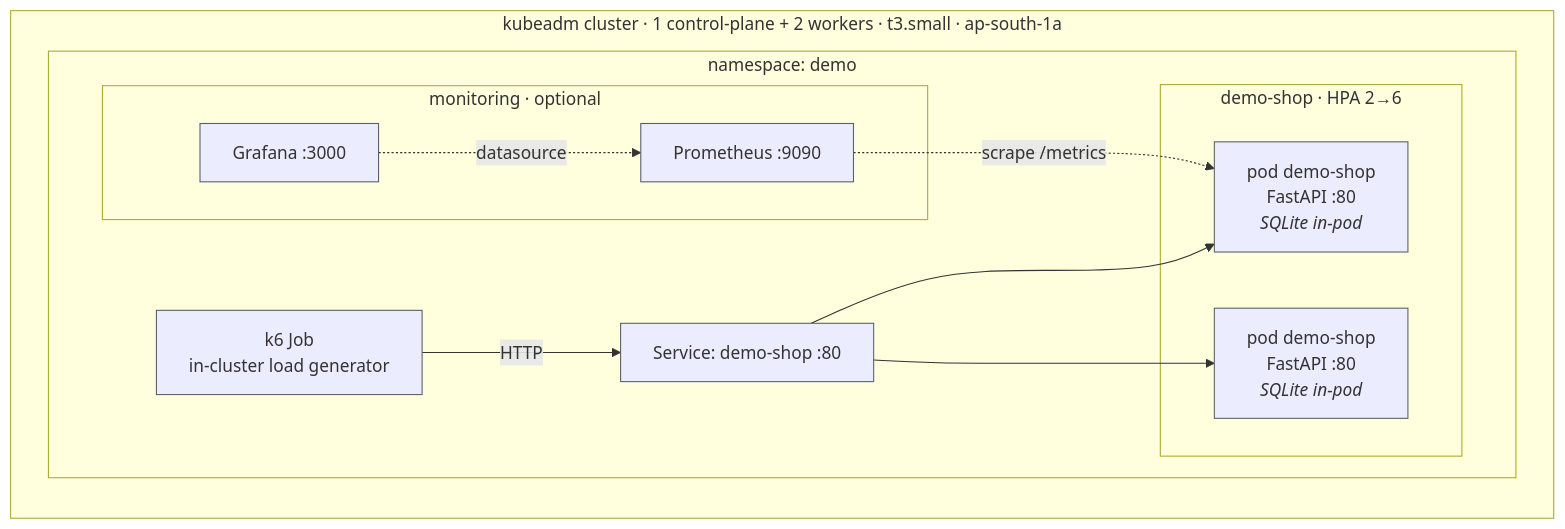
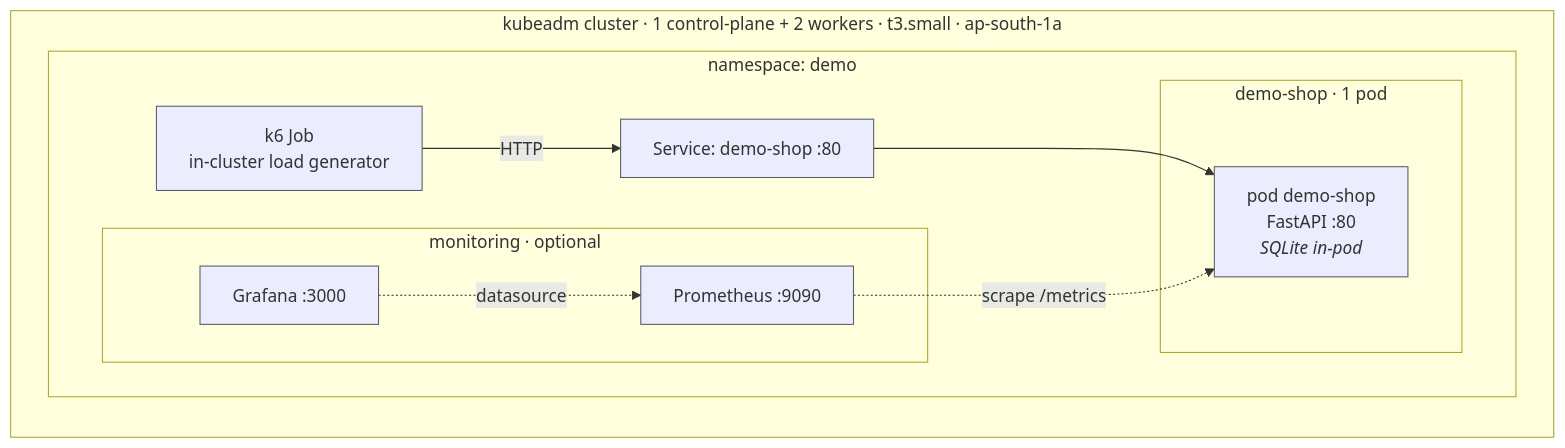
One commit to Ansh-dhanani/Distributed-system-load-analysis changed the fourth of 9 diagrams in README.md. Above: the diagram before and after it, drawn with Mermaid.

Commit message:
docs: simple setup diagram shows single pod (no HPA)

````diff
--- a/README.md
+++ b/README.md
@@ -114,29 +114,27 @@
 ```mermaid
 flowchart TB
     subgraph LAB["kubeadm cluster · 1 control-plane + 2 workers · t3.small · ap-south-1a"]
         direction TB
 
         subgraph NS["namespace: demo"]
             K6["k6 Job<br/>in-cluster load generator"]
 
             SVC["Service: demo-shop :80"]
 
-            subgraph APPS["demo-shop · HPA 2→6"]
+            subgraph APPS["demo-shop · 1 pod"]
                 A1["pod demo-shop<br/>FastAPI :80<br/><i>SQLite in-pod</i>"]
-                A2["pod demo-shop<br/>FastAPI :80<br/><i>SQLite in-pod</i>"]
             end
 
             subgraph OBS["monitoring · optional"]
                 PROM["Prometheus :9090"]
                 GRAF["Grafana :3000"]
             end
         end
     end
 
     K6 -->|"HTTP"| SVC
     SVC --> A1
-    SVC --> A2
     PROM -.->|"scrape /metrics"| A1
     GRAF -.->|"datasource"| PROM
     classDef default stroke:#57606a;
 ```
````
